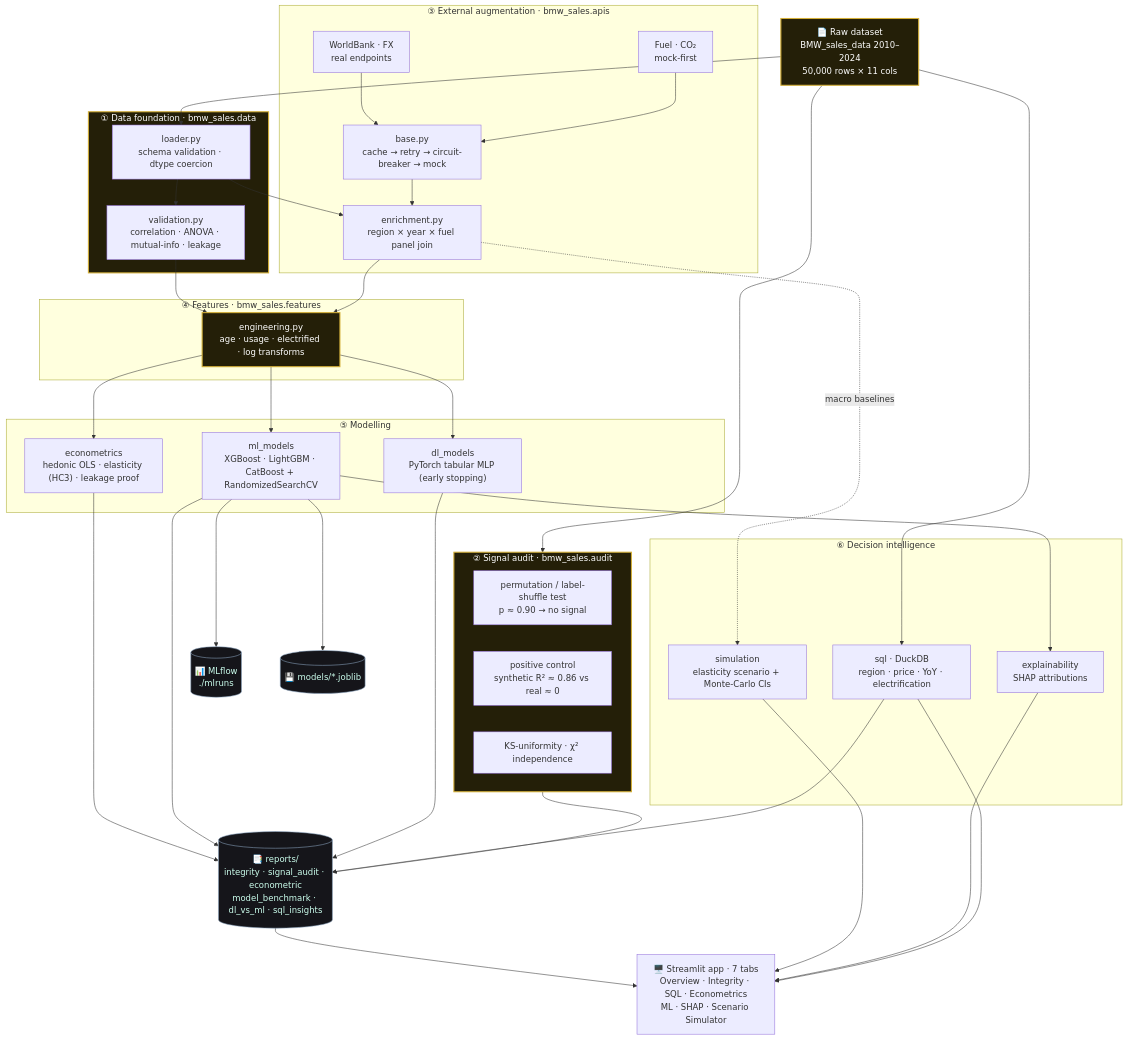
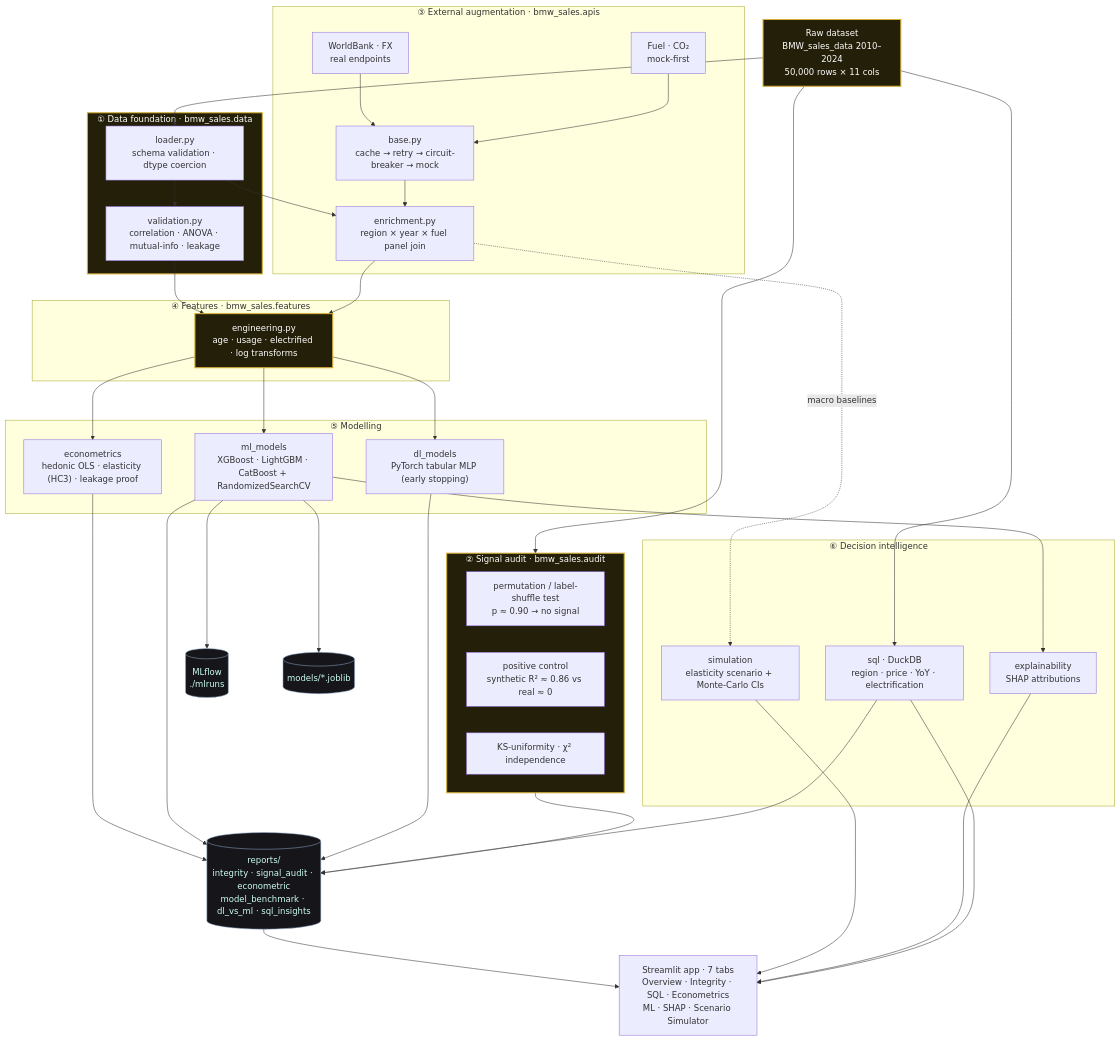
The first of 3 diagrams in README.md (maxime2476/bmw-sales-analytics), drawn with Mermaid before and after one commit. The commit also changed other lines of this file, not shown here.

````diff
--- a/README.md
+++ b/README.md
@@ -135,66 +139,66 @@
 ```mermaid
 flowchart TB
-    RAW["📄 Raw dataset<br/>BMW_sales_data 2010–2024<br/>50,000 rows × 11 cols"]
+    RAW["Raw dataset<br/>BMW_sales_data 2010–2024<br/>50,000 rows × 11 cols"]
 
     subgraph L1["① Data foundation · bmw_sales.data"]
         LOAD["loader.py<br/>schema validation · dtype coercion"]
         VAL["validation.py<br/>correlation · ANOVA · mutual-info · leakage"]
     end
 
     subgraph L2["② Signal audit · bmw_sales.audit"]
         PERM["permutation / label-shuffle test<br/>p ≈ 0.90 → no signal"]
         CTRL["positive control<br/>synthetic R² ≈ 0.86 vs real ≈ 0"]
         KS["KS-uniformity · χ² independence"]
     end
 
     subgraph L3["③ External augmentation · bmw_sales.apis"]
         WB["WorldBank · FX<br/>real endpoints"]
         FC["Fuel · CO₂<br/>mock-first"]
         BASE["base.py<br/>cache → retry → circuit-breaker → mock"]
         ENR["enrichment.py<br/>region × year × fuel panel join"]
     end
 
     subgraph L4["④ Features · bmw_sales.features"]
         FE["engineering.py<br/>age · usage · electrified · log transforms"]
     end
 
     subgraph L5["⑤ Modelling"]
         ECON["econometrics<br/>hedonic OLS · elasticity (HC3) · leakage proof"]
         ML["ml_models<br/>XGBoost · LightGBM · CatBoost + RandomizedSearchCV"]
         DL["dl_models<br/>PyTorch tabular MLP (early stopping)"]
     end
 
     subgraph L6["⑥ Decision intelligence"]
         SIM["simulation<br/>elasticity scenario + Monte-Carlo CIs"]
         SHAP["explainability<br/>SHAP attributions"]
         SQL["sql · DuckDB<br/>region · price · YoY · electrification"]
     end
 
-    REPORTS[("📑 reports/<br/>integrity · signal_audit · econometric<br/>model_benchmark · dl_vs_ml · sql_insights")]
-    MLF[("📊 MLflow<br/>./mlruns")]
-    ART[("💾 models/*.joblib")]
+    REPORTS[("reports/<br/>integrity · signal_audit · econometric<br/>model_benchmark · dl_vs_ml · sql_insights")]
+    MLF[("MLflow<br/>./mlruns")]
+    ART[("models/*.joblib")]
 
-    APP["🖥️ Streamlit app · 7 tabs<br/>Overview · Integrity · SQL · Econometrics<br/>ML · SHAP · Scenario Simulator"]
+    APP["Streamlit app · 7 tabs<br/>Overview · Integrity · SQL · Econometrics<br/>ML · SHAP · Scenario Simulator"]
 
     RAW --> LOAD --> VAL
     RAW --> L2
     RAW --> SQL
     LOAD --> ENR
     WB & FC --> BASE --> ENR
     VAL --> FE
     ENR --> FE
     FE --> ECON & ML & DL
     ML --> ART
     ML --> SHAP
     ENR -. macro baselines .-> SIM
     L2 --> REPORTS
     ECON & ML & DL & SQL --> REPORTS
     ML --> MLF
     REPORTS --> APP
     SIM & SHAP & SQL --> APP
 
     classDef honest fill:#241f08,stroke:#D4AF37,stroke-width:2px,color:#fff;
     classDef store fill:#15151a,stroke:#8FA9C7,color:#cfe;
     class RAW,L1,L2,FE honest;
     class REPORTS,MLF,ART store;
 ```
````
